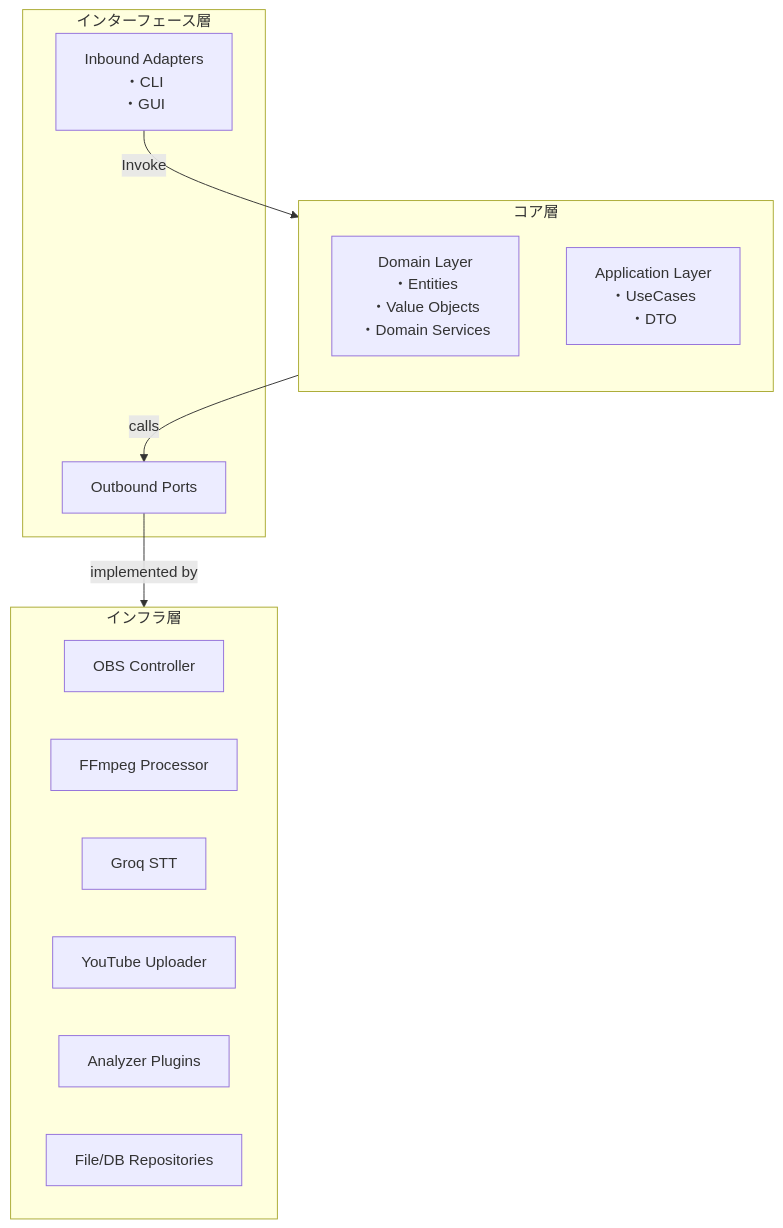
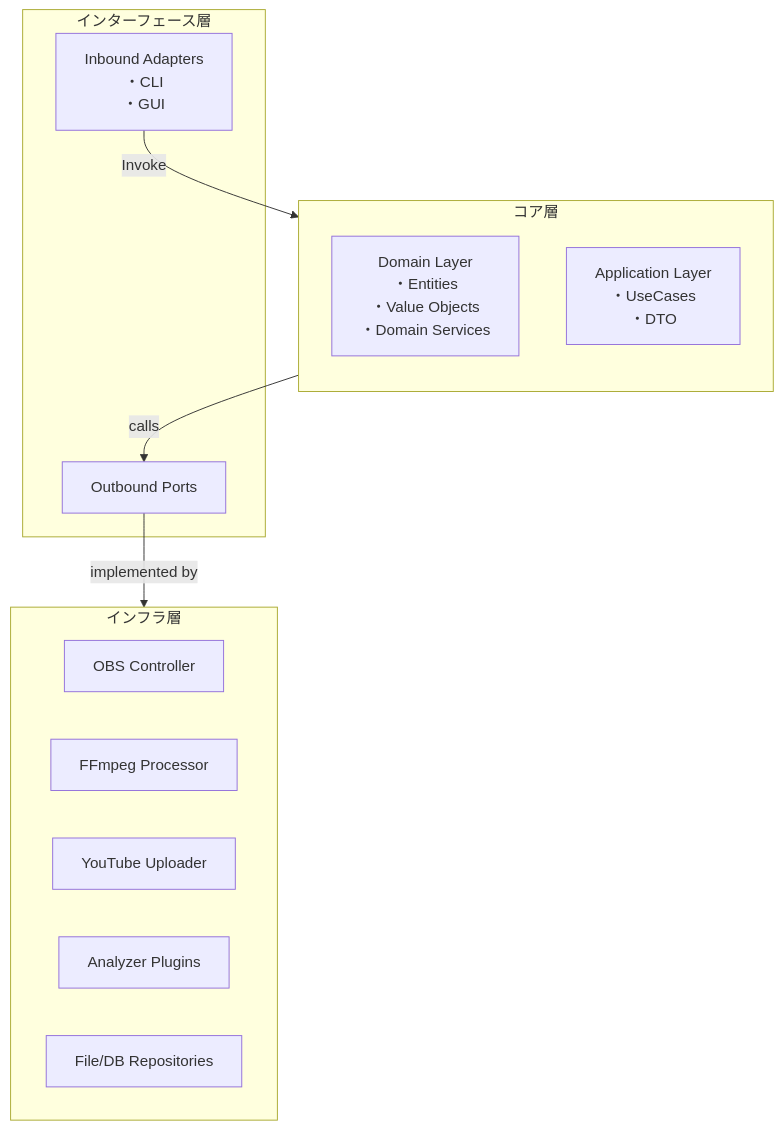
One commit to saw4405/splat-replay2 changed the first of 2 diagrams in docs/internal_design.md. Above: the diagram before and after it, drawn with Mermaid. The commit also changed other lines of this file and 41 other files, not shown here.

````diff
--- a/docs/internal_design.md
+++ b/docs/internal_design.md
@@ -16,26 +16,25 @@
 ```mermaid
 graph TD
     subgraph Core[コア層]
         direction TB
         Domain[Domain Layer<br/>・Entities<br/>・Value Objects<br/>・Domain Services]
         Application[Application Layer<br/>・UseCases<br/>・DTO]
     end
 
     subgraph Interface[インターフェース層]
         InboundAdapters[Inbound Adapters<br/>・CLI<br/>・GUI]
         OutboundPorts[Outbound Ports]
     end
 
     subgraph Infrastructure[インフラ層]
         OBSAdapter[OBS Controller]
         FFmpegAdapter[FFmpeg Processor]
-        GroqAdapter[Groq STT]
         YTAdapter[YouTube Uploader]
         AnalyzerPlugins[Analyzer Plugins]
         StorageAdapters[File/DB Repositories]
     end
 
     InboundAdapters--Invoke-->Application
     Application--calls-->OutboundPorts
     OutboundPorts--implemented by-->Infrastructure
 ```
````
